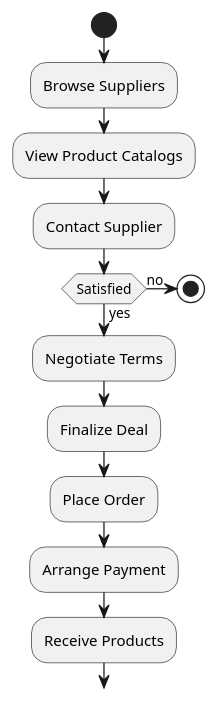
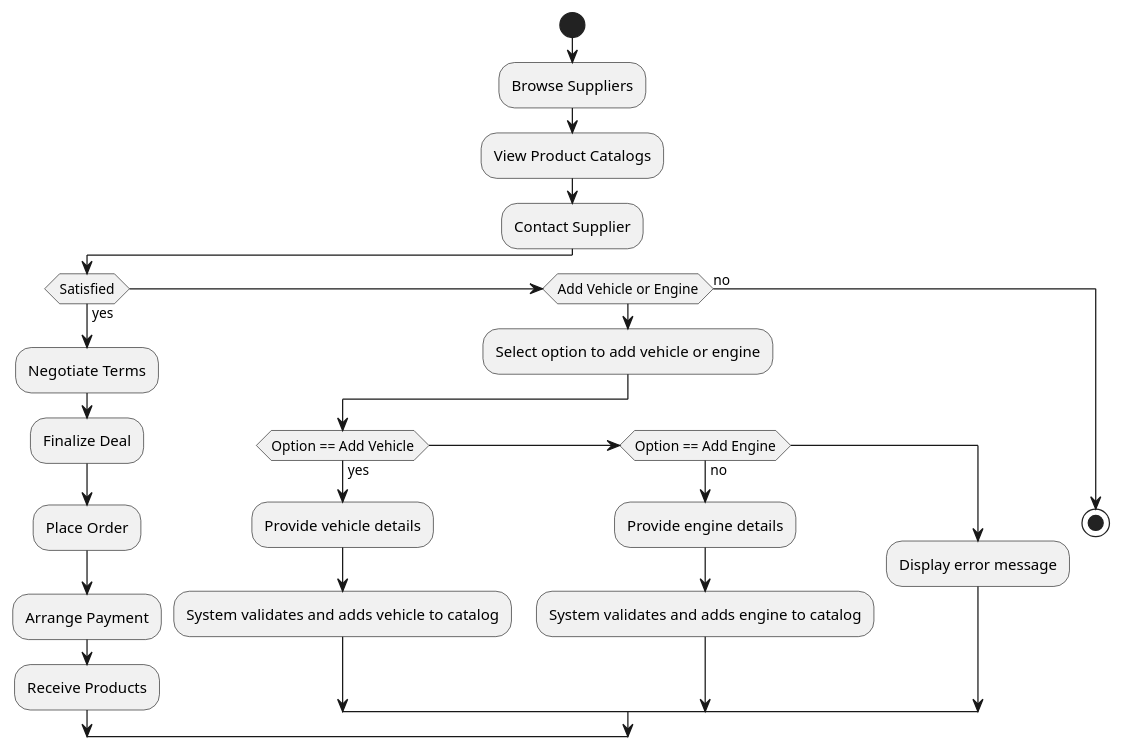
Before and after one commit to JuanSevedz/Workshop_1_AP: the diagram in src/Docs/Activity_diagram/d_activity.plantuml, drawn with PlantUML. The commit also changed 31 other files, not shown here.

```diff
--- a/src/Docs/Activity_diagram/d_activity.plantuml
+++ b/src/Docs/Activity_diagram/d_activity.plantuml
@@ -1,17 +1,28 @@
 @startuml Buyer_ad
- 
+
 start
 :Browse Suppliers;
 :View Product Catalogs;
 :Contact Supplier;
 if (Satisfied) then (yes)
   :Negotiate Terms;
   :Finalize Deal;
   :Place Order;
   :Arrange Payment;
   :Receive Products;
+elseif (Add Vehicle or Engine) then
+  :Select option to add vehicle or engine;
+  if (Option == Add Vehicle) then (yes)
+    :Provide vehicle details;
+    :System validates and adds vehicle to catalog;
+  elseif (Option == Add Engine) then (no)
+    :Provide engine details;
+    :System validates and adds engine to catalog;
+  else
+    :Display error message;
+  endif
 else (no)
   stop
 endif
 
 @enduml
```
